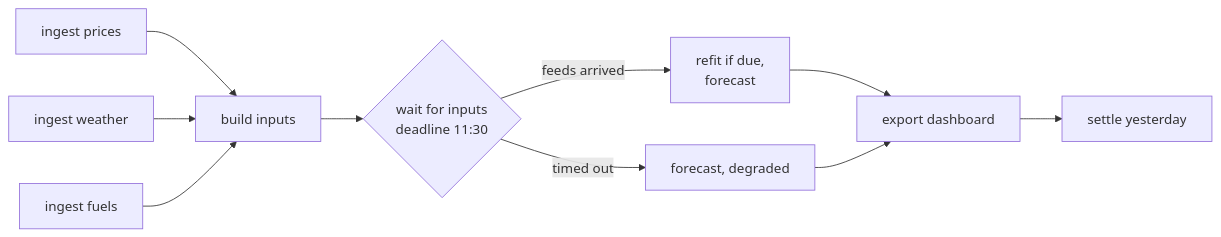
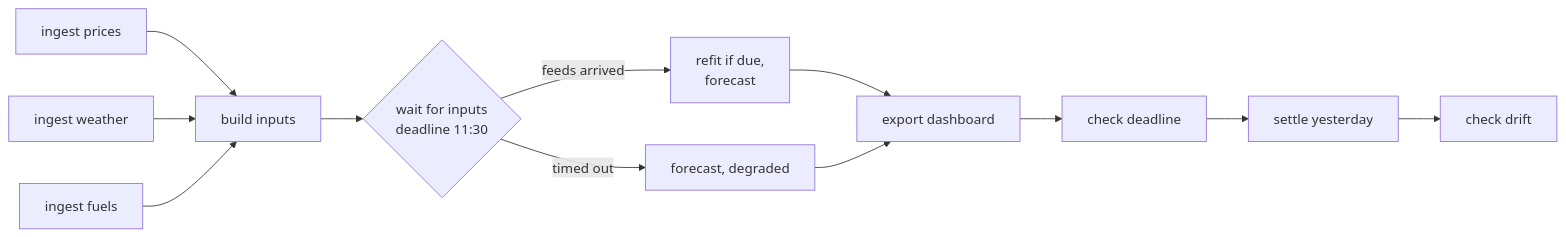
The first of 2 diagrams in README.md (HRafiq/energy-price-forecasting-trading), drawn with Mermaid before and after one commit. The commit also changed other lines of this file and 15 other files, not shown here.

````diff
--- a/README.md
+++ b/README.md
@@ -99,12 +99,14 @@
 ```mermaid
 flowchart LR
   A[ingest prices] --> D[build inputs]
   B[ingest weather] --> D
   C[ingest fuels] --> D
   D --> E{wait for inputs<br/>deadline 11:30}
   E -->|feeds arrived| F[refit if due,<br/>forecast]
   E -->|timed out| G[forecast, degraded]
   F --> H[export dashboard]
   G --> H
-  H --> I[settle yesterday]
+  H --> L[check deadline]
+  L --> I[settle yesterday]
+  I --> K[check drift]
 ```
````
